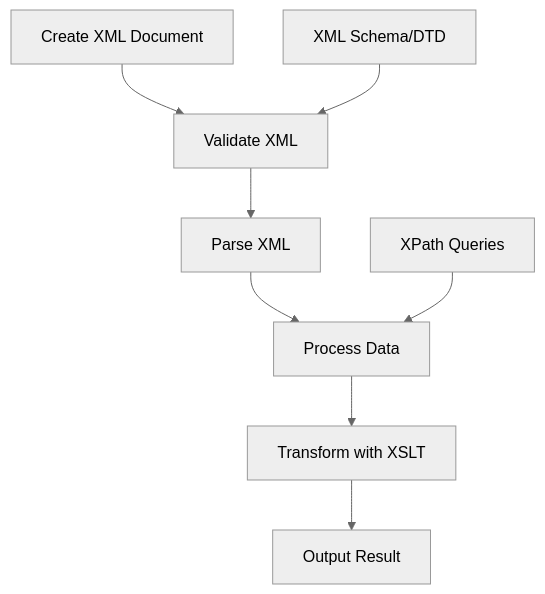
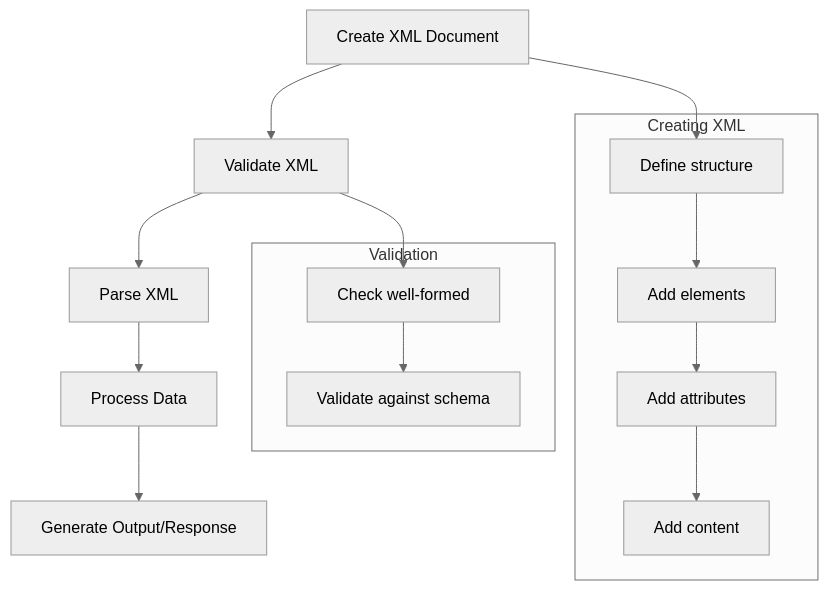
The second of 2 diagrams in apps-standalone/ayokoding-web/content/en/learn/crash-courses/swe/data/format/xml/basics.md (wahidyankf/oss), drawn with Mermaid (neutral theme) before and after one commit. The commit also changed other lines of this file and 40 other files, not shown here.

````diff
--- a/apps-standalone/ayokoding-web/content/en/learn/crash-courses/swe/data/format/xml/basics.md
+++ b/apps-standalone/ayokoding-web/content/en/learn/crash-courses/swe/data/format/xml/basics.md
@@ -360,11 +449,20 @@
 ```mermaid
-flowchart TD
-    A[Create XML Document] --> B[Validate XML]
-    B --> C[Parse XML]
-    C --> D[Process Data]
-    D --> E[Transform with XSLT]
-    E --> F[Output Result]
+graph TD
+    A[Create XML Document] -->B[Validate XML]
+    B -->C[Parse XML]
+    C -->D[Process Data]
+    D -->E[Generate Output/Response]
 
-    G[XML Schema/DTD] --> B
-    H[XPath Queries] --> D
+    subgraph "Creating XML"
+    A1[Define structure] -->A2[Add elements]
+    A2 -->A3[Add attributes]
+    A3 -->A4[Add content]
+    end
+
+    subgraph "Validation"
+    B1[Check well-formed] -->B2[Validate against schema]
+    end
+
+    A -->A1
+    B -->B1
 ```
````
